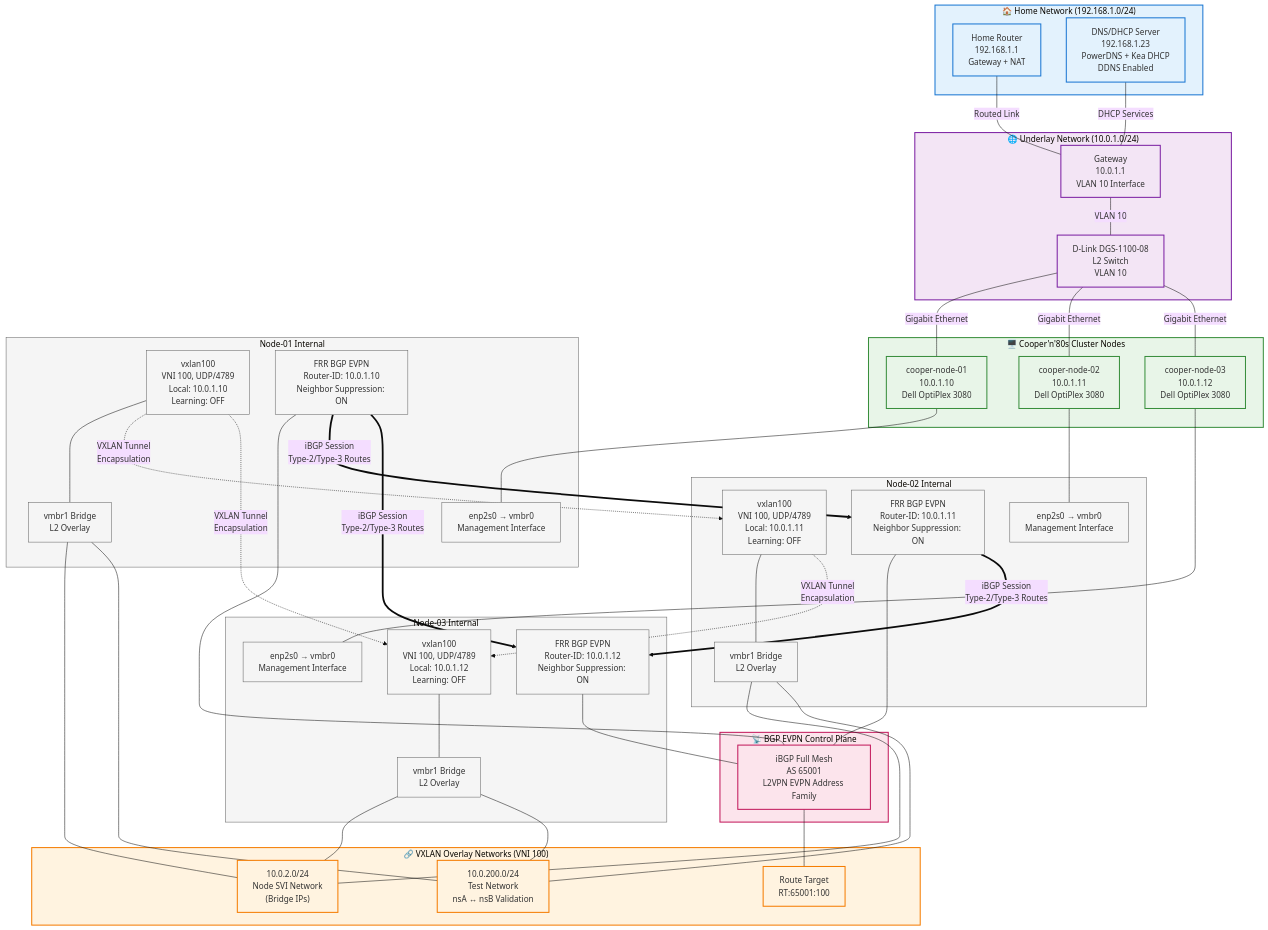
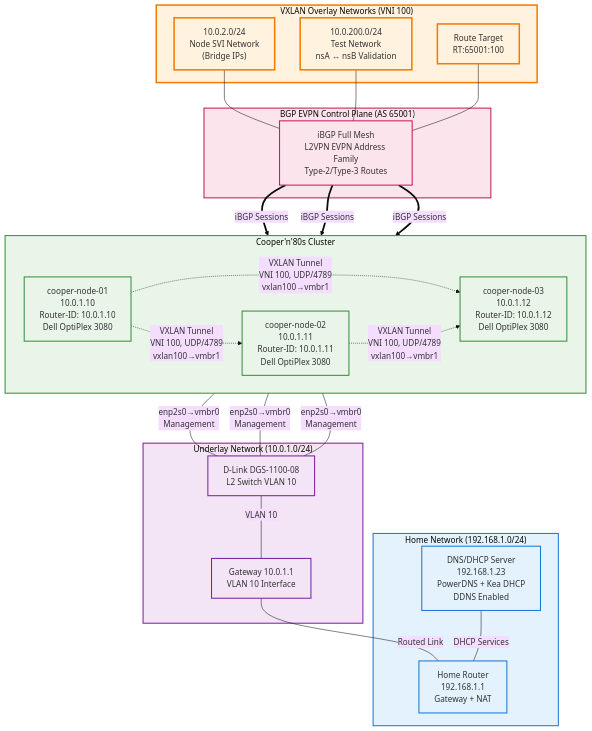
Before and after one commit to mooxle/cooper-k8s-lab: the diagram in docs/02-design/network-topology.md, drawn with Mermaid (base theme).

Commit message:
network diagram

````diff
--- a/docs/02-design/network-topology.md
+++ b/docs/02-design/network-topology.md
@@ -5,113 +5,73 @@
 ```mermaid
 graph TB
-    %% Home Network Layer
-    subgraph HOME["🏠 Home Network (192.168.1.0/24)"]
-        ROUTER["Home Router<br/>192.168.1.1<br/>Gateway + NAT"]
-        DNS["DNS/DHCP Server<br/>192.168.1.23<br/>PowerDNS + Kea DHCP<br/>DDNS Enabled"]
-    end
-
-    %% Underlay Infrastructure
-    subgraph UNDERLAY["🌐 Underlay Network (10.0.1.0/24)"]
-        GW["Gateway<br/>10.0.1.1<br/>VLAN 10 Interface"]
-        SWITCH["D-Link DGS-1100-08<br/>L2 Switch<br/>VLAN 10"]
-    end
-
-    %% BGP EVPN Control Plane
-    subgraph CONTROL["📡 BGP EVPN Control Plane"]
-        BGP_MESH["iBGP Full Mesh<br/>AS 65001<br/>L2VPN EVPN Address Family"]
-    end
-
-    %% Cooper Nodes
-    subgraph NODES["🖥️ Cooper'n'80s Cluster Nodes"]
-        NODE1["cooper-node-01<br/>10.0.1.10<br/>Dell OptiPlex 3080"]
-        NODE2["cooper-node-02<br/>10.0.1.11<br/>Dell OptiPlex 3080"] 
-        NODE3["cooper-node-03<br/>10.0.1.12<br/>Dell OptiPlex 3080"]
-    end
-
-    %% Node Internal Components
-    subgraph N1_INT["Node-01 Internal"]
-        N1_MGMT["enp2s0 → vmbr0<br/>Management Interface"]
-        N1_VXLAN["vxlan100<br/>VNI 100, UDP/4789<br/>Local: 10.0.1.10<br/>Learning: OFF"]
-        N1_BRIDGE["vmbr1 Bridge<br/>L2 Overlay"]
-        N1_FRR["FRR BGP EVPN<br/>Router-ID: 10.0.1.10<br/>Neighbor Suppression: ON"]
-    end
-
-    subgraph N2_INT["Node-02 Internal"]
-        N2_MGMT["enp2s0 → vmbr0<br/>Management Interface"]
-        N2_VXLAN["vxlan100<br/>VNI 100, UDP/4789<br/>Local: 10.0.1.11<br/>Learning: OFF"]
-        N2_BRIDGE["vmbr1 Bridge<br/>L2 Overlay"]
-        N2_FRR["FRR BGP EVPN<br/>Router-ID: 10.0.1.11<br/>Neighbor Suppression: ON"]
-    end
-
-    subgraph N3_INT["Node-03 Internal"]
-        N3_MGMT["enp2s0 → vmbr0<br/>Management Interface"]
-        N3_VXLAN["vxlan100<br/>VNI 100, UDP/4789<br/>Local: 10.0.1.12<br/>Learning: OFF"]
-        N3_BRIDGE["vmbr1 Bridge<br/>L2 Overlay"]
-        N3_FRR["FRR BGP EVPN<br/>Router-ID: 10.0.1.12<br/>Neighbor Suppression: ON"]
-    end
-
-    %% Overlay Networks
-    subgraph OVERLAY["🔗 VXLAN Overlay Networks (VNI 100)"]
+    %% VXLAN Overlay Networks at top
+    subgraph OVERLAY["VXLAN Overlay Networks (VNI 100)"]
         NET_SVI["10.0.2.0/24<br/>Node SVI Network<br/>(Bridge IPs)"]
         NET_TEST["10.0.200.0/24<br/>Test Network<br/>nsA ↔ nsB Validation"]
         RT["Route Target<br/>RT:65001:100"]
     end
 
-    %% Physical Connections
-    ROUTER ---|"Routed Link"| GW
-    DNS ---|"DHCP Services"| GW
-    GW ---|"VLAN 10"| SWITCH
+    %% BGP EVPN Control Plane
+    subgraph CONTROL["BGP EVPN Control Plane (AS 65001)"]
+        BGP_MESH["iBGP Full Mesh<br/>L2VPN EVPN Address Family<br/>Type-2/Type-3 Routes"]
+    end
+
+    %% Cooper Nodes in horizontal layout
+    subgraph NODES["Cooper'n'80s Cluster"]
+        direction LR
+        NODE1["cooper-node-01<br/>10.0.1.10<br/>Router-ID: 10.0.1.10<br/>Dell OptiPlex 3080"]
+        NODE2["cooper-node-02<br/>10.0.1.11<br/>Router-ID: 10.0.1.11<br/>Dell OptiPlex 3080"] 
+        NODE3["cooper-node-03<br/>10.0.1.12<br/>Router-ID: 10.0.1.12<br/>Dell OptiPlex 3080"]
+    end
+
+    %% Underlay Infrastructure
+    subgraph UNDERLAY["Underlay Network (10.0.1.0/24)"]
+        SWITCH["D-Link DGS-1100-08<br/>L2 Switch VLAN 10"]
+        GW["Gateway 10.0.1.1<br/>VLAN 10 Interface"]
+    end
+
+    %% Home Network at bottom
+    subgraph HOME["Home Network (192.168.1.0/24)"]
+        ROUTER["Home Router<br/>192.168.1.1<br/>Gateway + NAT"]
+        DNS["DNS/DHCP Server<br/>192.168.1.23<br/>PowerDNS + Kea DHCP<br/>DDNS Enabled"]
+    end
+
+    %% Overlay to Control Plane connections
+    NET_SVI --- BGP_MESH
+    NET_TEST --- BGP_MESH
+    RT --- BGP_MESH
+
+    %% Control Plane to Nodes (BGP EVPN sessions)
+    BGP_MESH ==>|"iBGP Sessions"| NODE1
+    BGP_MESH ==>|"iBGP Sessions"| NODE2
+    BGP_MESH ==>|"iBGP Sessions"| NODE3
+
+    %% VXLAN Data Plane (horizontal mesh between nodes)
+    NODE1 -.->|"VXLAN Tunnel<br/>VNI 100, UDP/4789<br/>vxlan100→vmbr1"| NODE2
+    NODE1 -.->|"VXLAN Tunnel<br/>VNI 100, UDP/4789<br/>vxlan100→vmbr1"| NODE3
+    NODE2 -.->|"VXLAN Tunnel<br/>VNI 100, UDP/4789<br/>vxlan100→vmbr1"| NODE3
+
+    %% Underlay physical connections
+    NODE1 ---|"enp2s0→vmbr0<br/>Management"| SWITCH
+    NODE2 ---|"enp2s0→vmbr0<br/>Management"| SWITCH
+    NODE3 ---|"enp2s0→vmbr0<br/>Management"| SWITCH
     
-    SWITCH ---|"Gigabit Ethernet"| NODE1
-    SWITCH ---|"Gigabit Ethernet"| NODE2  
-    SWITCH ---|"Gigabit Ethernet"| NODE3
+    SWITCH ---|"VLAN 10"| GW
 
-    %% Node Internal Connections
-    NODE1 --- N1_MGMT
-    NODE2 --- N2_MGMT
-    NODE3 --- N3_MGMT
-
-    N1_VXLAN --- N1_BRIDGE
-    N2_VXLAN --- N2_BRIDGE
-    N3_VXLAN --- N3_BRIDGE
-
-    N1_FRR --- BGP_MESH
-    N2_FRR --- BGP_MESH
-    N3_FRR --- BGP_MESH
-
-    %% VXLAN Tunnels (Data Plane)
-    N1_VXLAN -.->|"VXLAN Tunnel<br/>Encapsulation"| N2_VXLAN
-    N1_VXLAN -.->|"VXLAN Tunnel<br/>Encapsulation"| N3_VXLAN
-    N2_VXLAN -.->|"VXLAN Tunnel<br/>Encapsulation"| N3_VXLAN
-
-    %% BGP EVPN Sessions (Control Plane)
-    N1_FRR ==>|"iBGP Session<br/>Type-2/Type-3 Routes"| N2_FRR
-    N1_FRR ==>|"iBGP Session<br/>Type-2/Type-3 Routes"| N3_FRR
-    N2_FRR ==>|"iBGP Session<br/>Type-2/Type-3 Routes"| N3_FRR
-
-    %% Overlay Network Access
-    N1_BRIDGE --- NET_SVI
-    N2_BRIDGE --- NET_SVI
-    N3_BRIDGE --- NET_SVI
-
-    N1_BRIDGE --- NET_TEST
-    N2_BRIDGE --- NET_TEST
-    N3_BRIDGE --- NET_TEST
-
-    BGP_MESH --- RT
+    %% Home Network connections
+    GW ---|"Routed Link"| ROUTER
+    DNS ---|"DHCP Services"| ROUTER
 
     %% Styling
+    classDef overlayLayer fill:#fff3e0,stroke:#f57c00,stroke-width:3px
+    classDef controlLayer fill:#fce4ec,stroke:#c2185b,stroke-width:2px
+    classDef nodeLayer fill:#e8f5e8,stroke:#388e3c,stroke-width:2px
+    classDef underlayLayer fill:#f3e5f5,stroke:#7b1fa2,stroke-width:2px
     classDef homeLayer fill:#e3f2fd,stroke:#1976d2,stroke-width:2px
-    classDef underlayLayer fill:#f3e5f5,stroke:#7b1fa2,stroke-width:2px
-    classDef nodeLayer fill:#e8f5e8,stroke:#388e3c,stroke-width:2px
-    classDef overlayLayer fill:#fff3e0,stroke:#f57c00,stroke-width:2px
-    classDef controlLayer fill:#fce4ec,stroke:#c2185b,stroke-width:2px
-    classDef internalComp fill:#f5f5f5,stroke:#616161,stroke-width:1px
 
-    class HOME,ROUTER,DNS homeLayer
-    class UNDERLAY,GW,SWITCH underlayLayer
-    class NODES,NODE1,NODE2,NODE3 nodeLayer
     class OVERLAY,NET_SVI,NET_TEST,RT overlayLayer
     class CONTROL,BGP_MESH controlLayer
-    class N1_INT,N2_INT,N3_INT,N1_MGMT,N1_VXLAN,N1_BRIDGE,N1_FRR,N2_MGMT,N2_VXLAN,N2_BRIDGE,N2_FRR,N3_MGMT,N3_VXLAN,N3_BRIDGE,N3_FRR internalComp
+    class NODES,NODE1,NODE2,NODE3 nodeLayer
+    class UNDERLAY,GW,SWITCH underlayLayer
+    class HOME,ROUTER,DNS homeLayer
 ```
````
